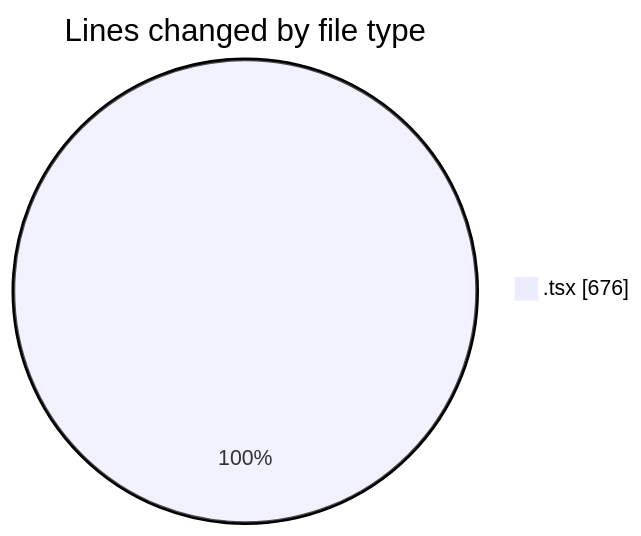
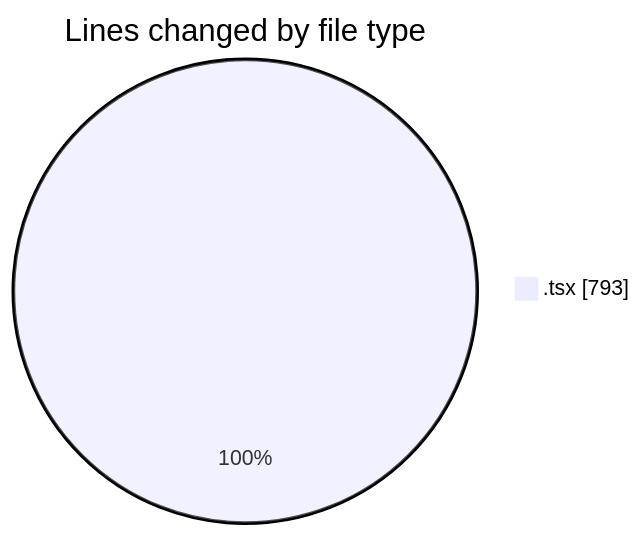
One commit to nxtqubesakshisongat/code-tracking changed the first of 2 diagrams in 2026-03-31/nxtqube_webapp/README.md. Above: the diagram before and after it, drawn with Mermaid. The commit also changed other lines of this file and 1 other file, not shown here.

````diff
--- a/2026-03-31/nxtqube_webapp/README.md
+++ b/2026-03-31/nxtqube_webapp/README.md
@@ -20,5 +20,5 @@
 ```mermaid
 pie showData
 title Lines changed by file type
-".tsx" : 676
+".tsx" : 793
 ```
````
